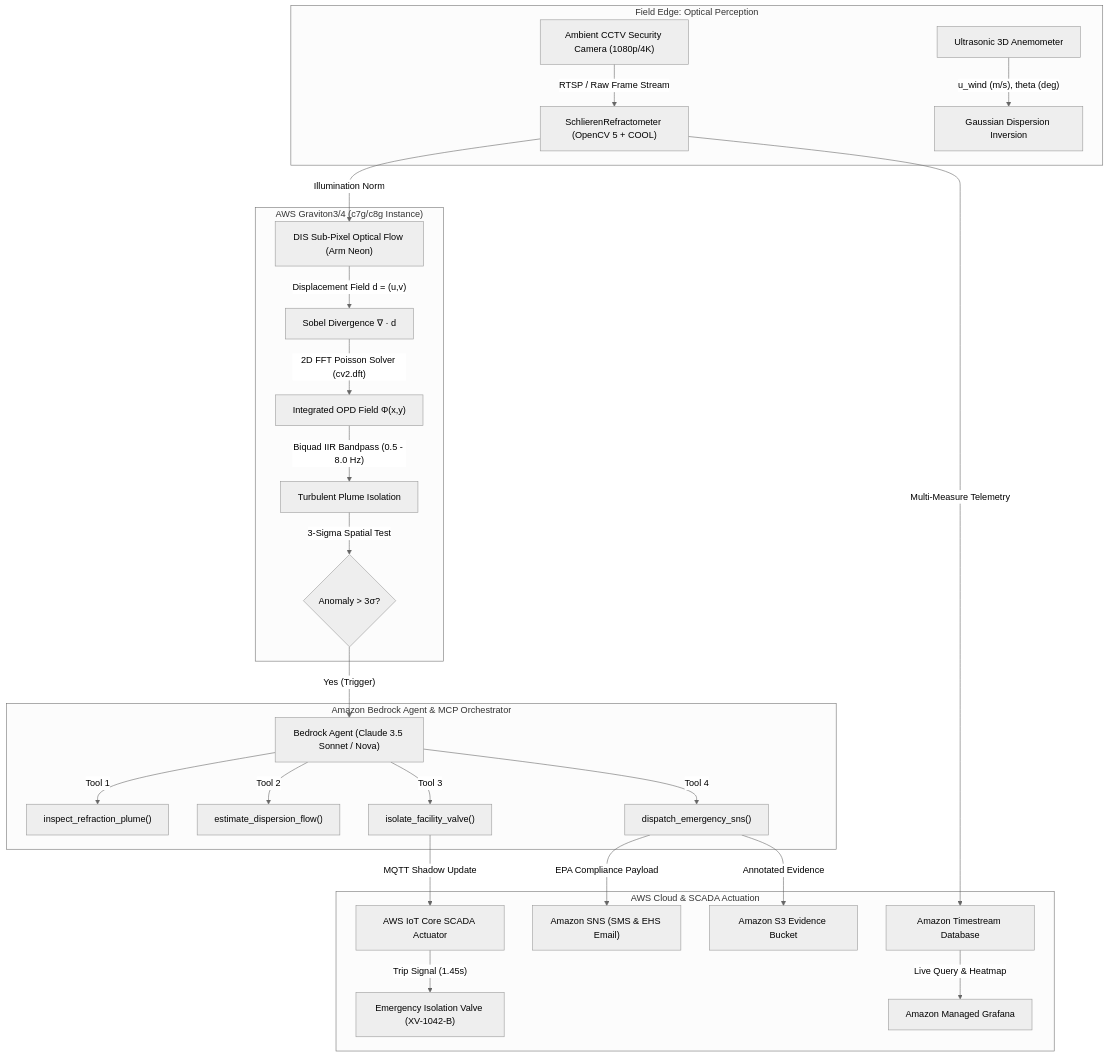
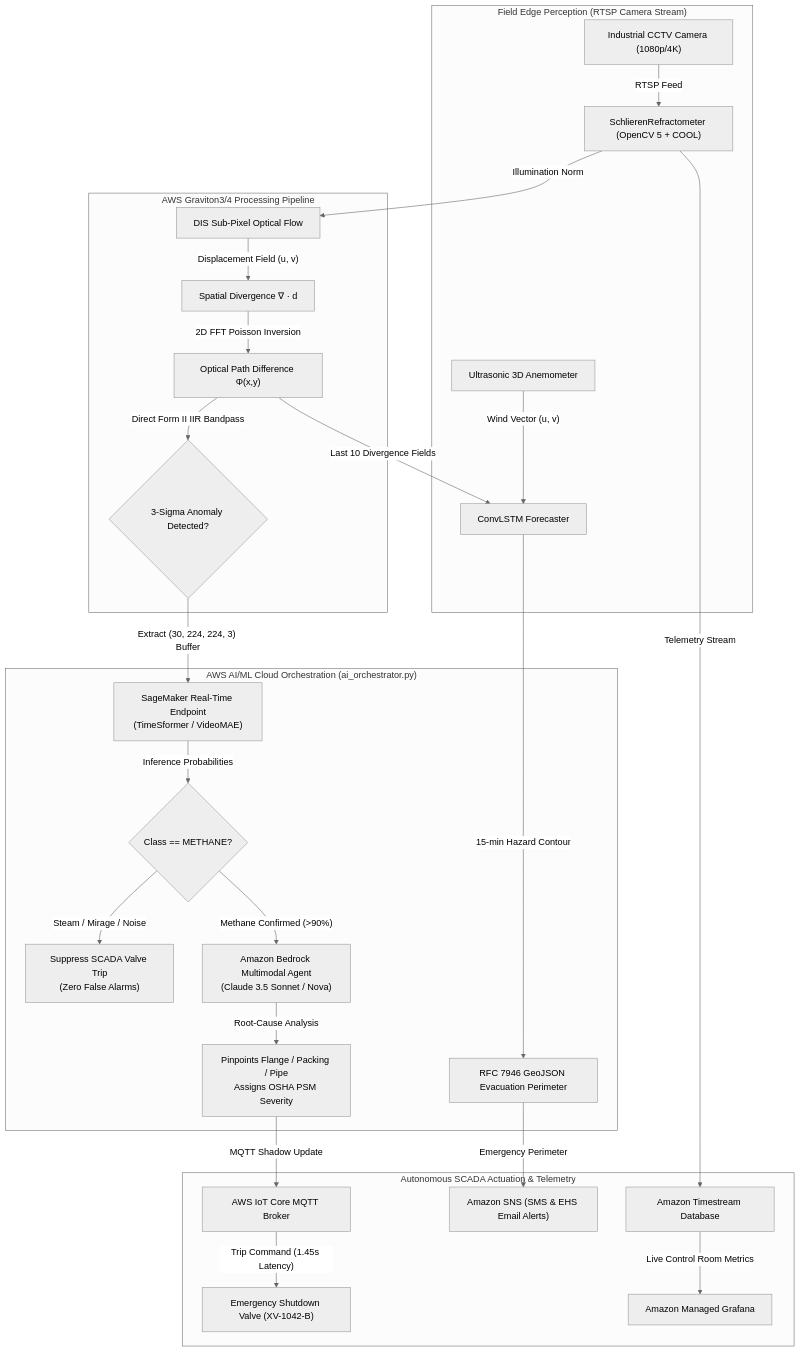
One commit to IZUMI-Xprime/AeroBOS changed the diagram in README.md. Above: the diagram before and after it, drawn with Mermaid (neutral theme). The commit also changed other lines of this file and 11 other files, not shown here.

````diff
--- a/README.md
+++ b/README.md
@@ -34,32 +78,32 @@
 ```mermaid
 flowchart TD
-    subgraph Edge["Field Edge: Optical Perception"]
-        CAM["Ambient CCTV Security Camera (1080p/4K)"] -->|"RTSP / Raw Frame Stream"| REFRACT["SchlierenRefractometer (OpenCV 5 + COOL)"]
-        WIND["Ultrasonic 3D Anemometer"] -->|"u_wind (m/s), theta (deg)"| DISPERSION["Gaussian Dispersion Inversion"]
+    subgraph Perception["Field Edge Perception (RTSP Camera Stream)"]
+        CAM["Industrial CCTV Camera (1080p/4K)"] -->|"RTSP Feed"| REFRACT["SchlierenRefractometer (OpenCV 5 + COOL)"]
+        WIND["Ultrasonic 3D Anemometer"] -->|"Wind Vector (u, v)"| FORECAST["ConvLSTM Forecaster"]
     end
 
-    subgraph Graviton["AWS Graviton3/4 (c7g/c8g Instance)"]
-        REFRACT -->|"Illumination Norm"| DIS_FLOW["DIS Sub-Pixel Optical Flow (Arm Neon)"]
-        DIS_FLOW -->|"Displacement Field d = (u,v)"| DIV["Sobel Divergence ∇ · d"]
-        DIV -->|"2D FFT Poisson Solver (cv2.dft)"| POISSON["Integrated OPD Field Φ(x,y)"]
-        POISSON -->|"Biquad IIR Bandpass (0.5 - 8.0 Hz)"| TURB["Turbulent Plume Isolation"]
-        TURB -->|"3-Sigma Spatial Test"| ANOMALY{"Anomaly > 3σ?"}
+    subgraph Graviton["AWS Graviton3/4 Processing Pipeline"]
+        REFRACT -->|"Illumination Norm"| DIS["DIS Sub-Pixel Optical Flow"]
+        DIS -->|"Displacement Field (u, v)"| SOBEL["Spatial Divergence ∇ · d"]
+        SOBEL -->|"2D FFT Poisson Inversion"| OPD["Optical Path Difference Φ(x,y)"]
+        OPD -->|"Direct Form II IIR Bandpass"| ANOMALY{"3-Sigma Anomaly Detected?"}
     end
 
-    subgraph AgenticLoop["Amazon Bedrock Agent & MCP Orchestrator"]
-        ANOMALY -->|"Yes (Trigger)"| BEDROCK["Bedrock Agent (Claude 3.5 Sonnet / Nova)"]
-        BEDROCK -->|"Tool 1"| T1["inspect_refraction_plume()"]
-        BEDROCK -->|"Tool 2"| T2["estimate_dispersion_flow()"]
-        BEDROCK -->|"Tool 3"| T3["isolate_facility_valve()"]
-        BEDROCK -->|"Tool 4"| T4["dispatch_emergency_sns()"]
+    subgraph CloudAI["AWS AI/ML Cloud Orchestration (ai_orchestrator.py)"]
+        ANOMALY -->|"Extract (30, 224, 224, 3) Buffer"| SM["SageMaker Real-Time Endpoint\n(TimeSformer / VideoMAE)"]
+        SM -->|"Inference Probabilities"| CLASS{"Class == METHANE?"}
+        CLASS -->|"Steam / Mirage / Noise"| SUPPRESS["Suppress SCADA Valve Trip\n(Zero False Alarms)"]
+        CLASS -->|"Methane Confirmed (>90%)"| BEDROCK["Amazon Bedrock Multimodal Agent\n(Claude 3.5 Sonnet / Nova)"]
+        BEDROCK -->|"Root-Cause Analysis"| DIAG["Pinpoints Flange / Packing / Pipe\nAssigns OSHA PSM Severity"]
+        OPD -->|"Last 10 Divergence Fields"| FORECAST
+        FORECAST -->|"15-min Hazard Contour"| GEOJSON["RFC 7946 GeoJSON Evacuation Perimeter"]
     end
 
-    subgraph CloudAction["AWS Cloud & SCADA Actuation"]
-        T3 -->|"MQTT Shadow Update"| IOT["AWS IoT Core SCADA Actuator"]
-        IOT -->|"Trip Signal (1.45s)"| VALVE["Emergency Isolation Valve (XV-1042-B)"]
-        T4 -->|"EPA Compliance Payload"| SNS["Amazon SNS (SMS & EHS Email)"]
-        T4 -->|"Annotated Evidence"| S3["Amazon S3 Evidence Bucket"]
-        REFRACT -->|"Multi-Measure Telemetry"| TIMESTREAM["Amazon Timestream Database"]
-        TIMESTREAM -->|"Live Query & Heatmap"| GRAFANA["Amazon Managed Grafana"]
+    subgraph Actuation["Autonomous SCADA Actuation & Telemetry"]
+        DIAG -->|"MQTT Shadow Update"| IOT["AWS IoT Core MQTT Broker"]
+        IOT -->|"Trip Command (1.45s Latency)"| VALVE["Emergency Shutdown Valve (XV-1042-B)"]
+        GEOJSON -->|"Emergency Perimeter"| SNS["Amazon SNS (SMS & EHS Email Alerts)"]
+        REFRACT -->|"Telemetry Stream"| TIME["Amazon Timestream Database"]
+        TIME -->|"Live Control Room Metrics"| GRAFANA["Amazon Managed Grafana"]
     end
 ```
````
